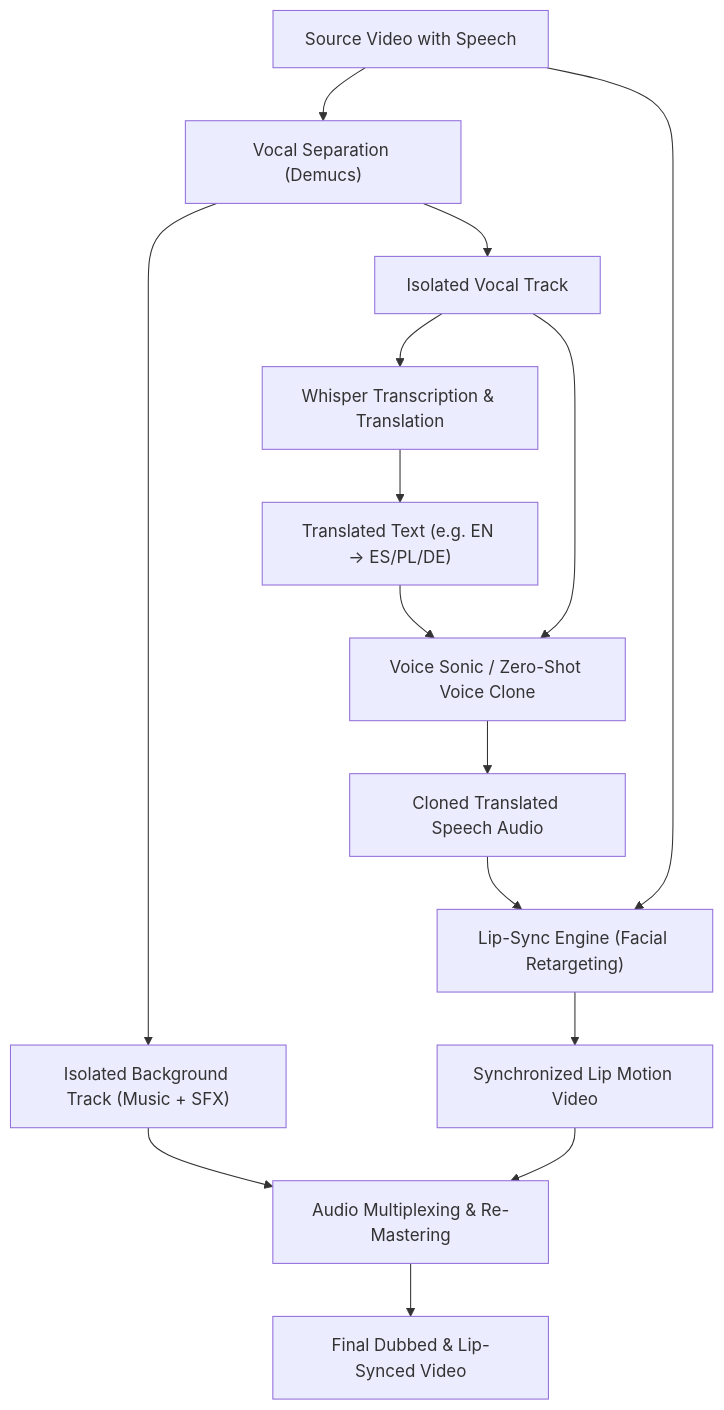
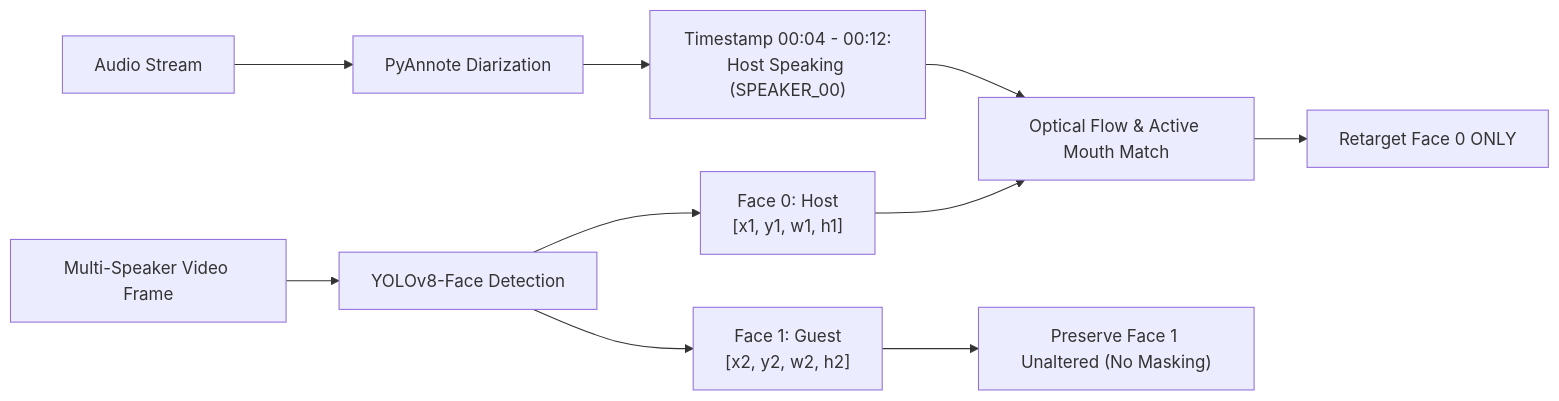
One commit to fotohubapp/docs changed the third of 3 diagrams in recipes/lip-sync-dubbing.md. Above: the diagram before and after it, drawn with Mermaid. The commit also changed other lines of this file and 61 other files, not shown here.

````diff
--- a/recipes/lip-sync-dubbing.md
+++ b/recipes/lip-sync-dubbing.md
@@ -11,14 +165,13 @@
 ```mermaid
-flowchart TD
-    A["Source Video with Speech"] --> B["Vocal Separation (Demucs)"]
-    B --> C["Isolated Background Track (Music + SFX)"]
-    B --> D["Isolated Vocal Track"]
-    D --> E["Whisper Transcription & Translation"]
-    E --> F["Translated Text (e.g. EN → ES/PL/DE)"]
-    D & F --> G["Voice Sonic / Zero-Shot Voice Clone"]
-    G --> H["Cloned Translated Speech Audio"]
-    A & H --> I["Lip-Sync Engine (Facial Retargeting)"]
-    I --> J["Synchronized Lip Motion Video"]
-    C & J --> K["Audio Multiplexing & Re-Mastering"]
-    K --> L["Final Dubbed & Lip-Synced Video"]
+flowchart LR
+    A["Multi-Speaker Video Frame"] --> B["YOLOv8-Face Detection"]
+    B --> C["Face 0: Host<br/>[x1, y1, w1, h1]"]
+    B --> D["Face 1: Guest<br/>[x2, y2, w2, h2]"]
+    
+    E["Audio Stream"] --> F["PyAnnote Diarization"]
+    F --> G["Timestamp 00:04 - 00:12:<br/>Host Speaking (SPEAKER_00)"]
+    
+    C & G --> H["Optical Flow & Active Mouth Match"]
+    H --> I["Retarget Face 0 ONLY"]
+    D --> J["Preserve Face 1 Unaltered (No Masking)"]
 ```
````
